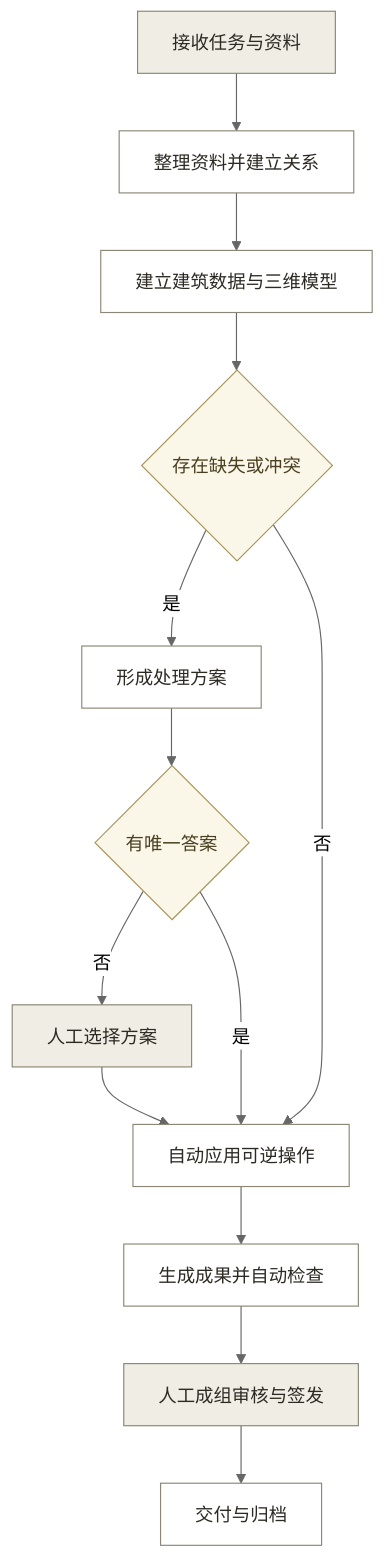
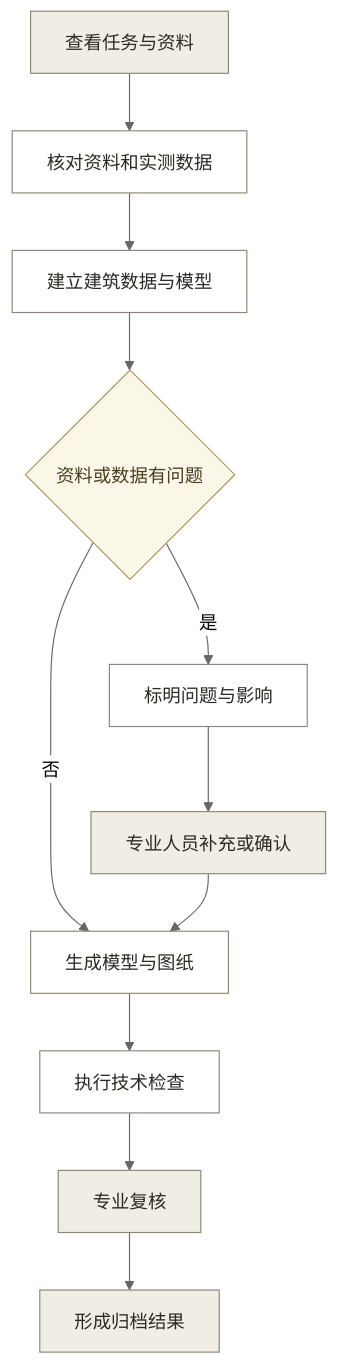
The second of 3 diagrams in 文档/01_产品/01_核心PRD.md (jiajiajiang91-design/heritage-survey-workbench), drawn with Mermaid (neutral theme) before and after one commit. The commit also changed other lines of this file and 27 other files, not shown here.

````diff
--- a/文档/01_产品/01_核心PRD.md
+++ b/文档/01_产品/01_核心PRD.md
@@ -179,22 +148,20 @@
 ```mermaid
 flowchart TD
-    A["接收任务与资料"] --> B["整理资料并建立关系"]
-    B --> C["建立建筑数据与三维模型"]
-    C --> D{"存在缺失或冲突"}
-    D -->|是| E["形成处理方案"]
-    E --> F{"有唯一答案"}
-    F -->|否| H["人工选择方案"]
-    F -->|是| I["自动应用可逆操作"]
-    D -->|否| I
-    H --> I
-    I --> J["生成成果并自动检查"]
-    J --> K["人工成组审核与签发"]
-    K --> L["交付与归档"]
+    A["查看任务与资料"] --> B["核对资料和实测数据"]
+    B --> C["建立建筑数据与模型"]
+    C --> D{"资料或数据有问题"}
+    D -->|是| E["标明问题与影响"]
+    E --> F["专业人员补充或确认"]
+    D -->|否| G["生成模型与图纸"]
+    F --> G
+    G --> H["执行技术检查"]
+    H --> I["专业复核"]
+    I --> J["形成归档结果"]
 
     classDef user fill:#F0EDE4,stroke:#8B8676,color:#2D2A24
-    classDef sys fill:#FFFFFF,stroke:#8B8676,color:#2D2A24
-    classDef gate fill:#FAF6E8,stroke:#A8955A,color:#4A3F20
-    class A,H,K user
-    class B,C,E,I,J,L sys
-    class D,F gate
+    classDef system fill:#FFFFFF,stroke:#8B8676,color:#2D2A24
+    classDef decision fill:#FAF6E8,stroke:#A8955A,color:#4A3F20
+    class A,F,I,J user
+    class B,C,E,G,H system
+    class D decision
 ```
````
